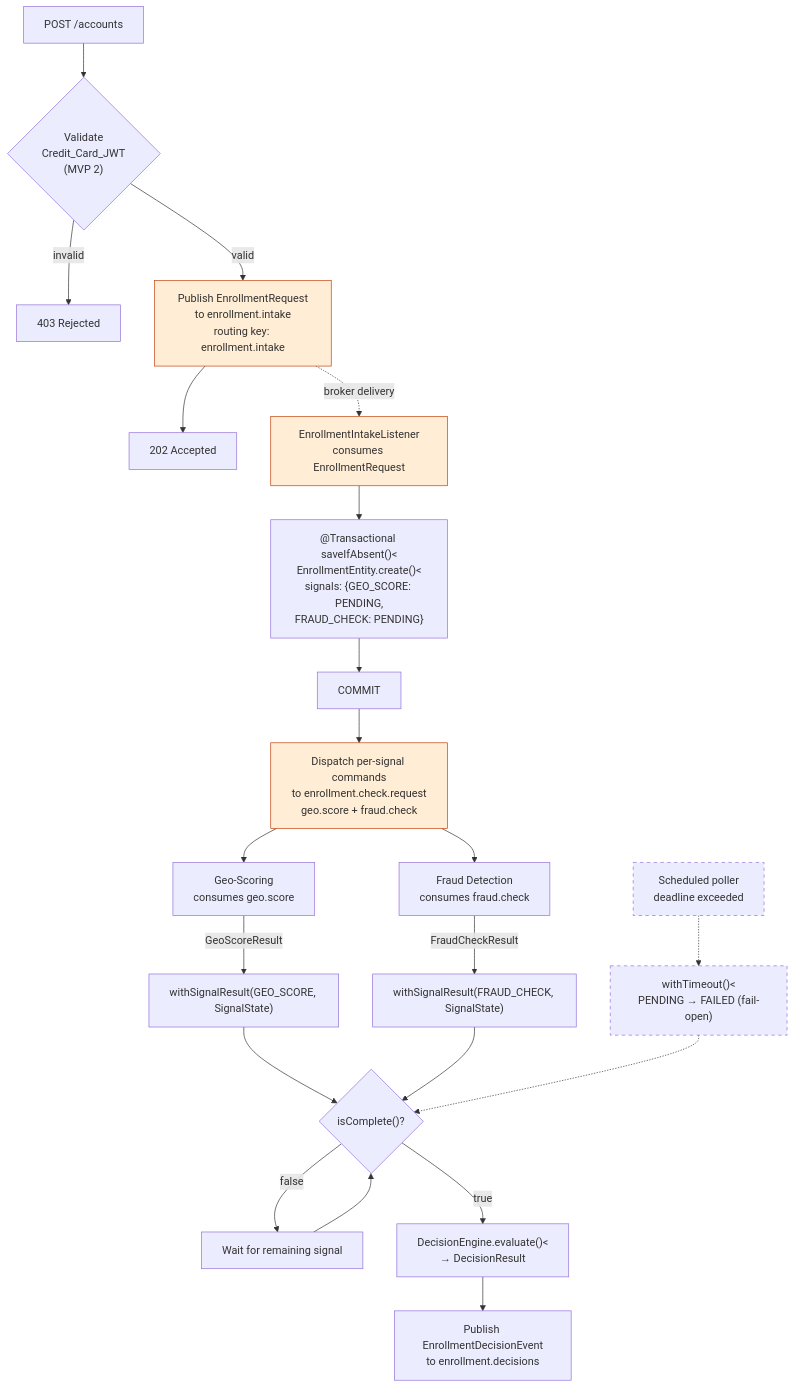
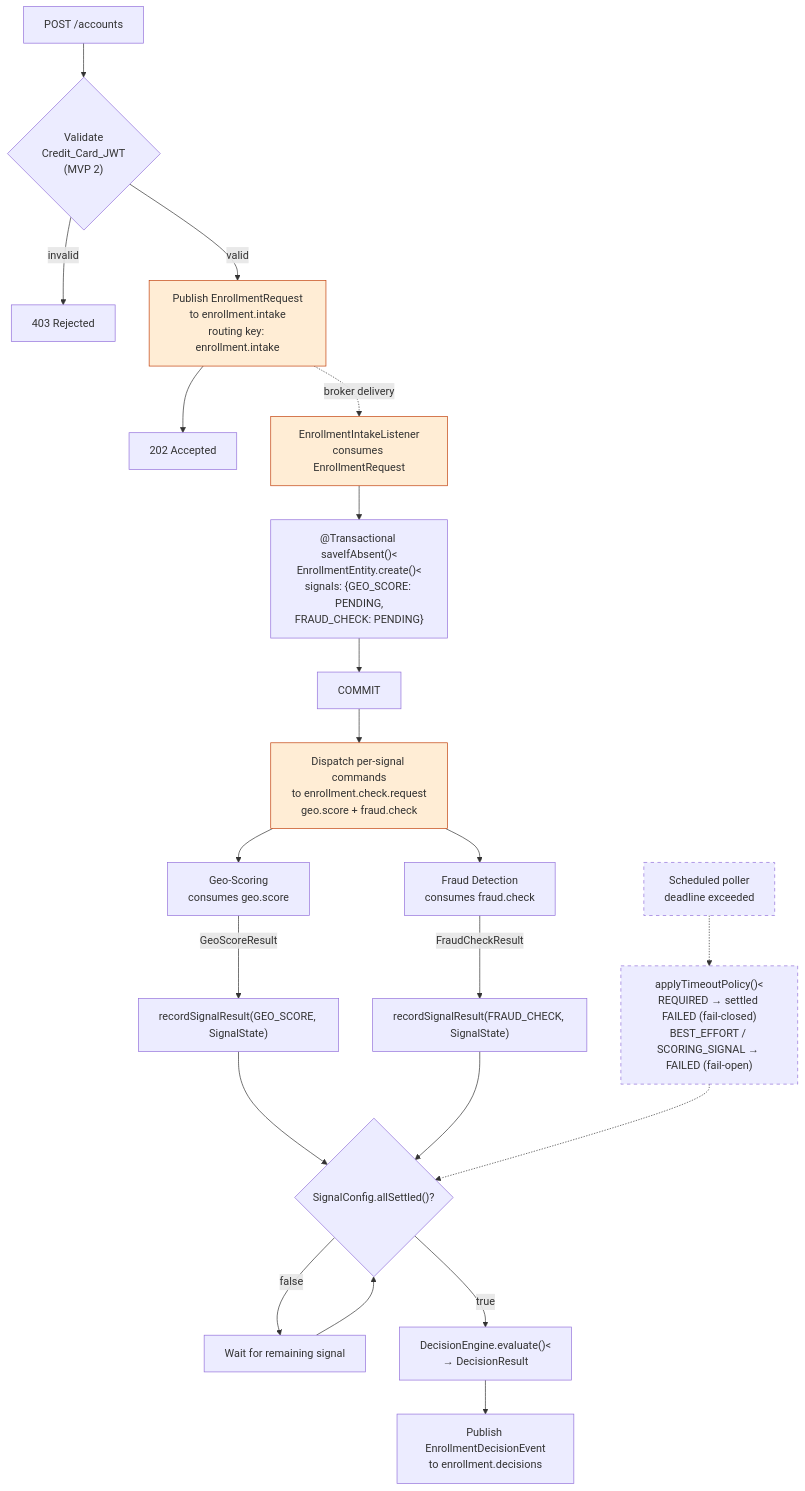
Before and after one commit to angelasindic/enrollment-hub: the second of 2 diagrams in decision-engine/design.md, drawn with Mermaid. The commit also changed other lines of this file and 58 other files, not shown here.

````diff
--- a/decision-engine/design.md
+++ b/decision-engine/design.md
@@ -402,36 +401,36 @@
 ```mermaid
 flowchart TD
     POST["POST /accounts"] --> validate{"Validate<br/>Credit_Card_JWT<br/>(MVP 2)"}
     validate -- invalid --> reject["403 Rejected"]
     validate -- valid --> intakePub["Publish EnrollmentRequest<br/>to enrollment.intake<br/>routing key: enrollment.intake"]
     intakePub --> http202["202 Accepted"]
 
     intakePub -.->|broker delivery| intakeListen["EnrollmentIntakeListener<br/>consumes EnrollmentRequest"]
     intakeListen --> startTx["@Transactional saveIfAbsent()<<br/>EnrollmentEntity.create()<<br/>signals: {GEO_SCORE: PENDING,<br/>FRAUD_CHECK: PENDING}"]
     startTx --> commit["COMMIT"]
     commit --> postCommit["Dispatch per-signal commands<br/>to enrollment.check.request<br/>geo.score + fraud.check"]
 
     postCommit --> geo["Geo-Scoring<br/>consumes geo.score"]
     postCommit --> fraud["Fraud Detection<br/>consumes fraud.check"]
 
-    geo -- "GeoScoreResult" --> wGeo["withSignalResult(GEO_SCORE, SignalState)"]
-    fraud -- "FraudCheckResult" --> wFraud["withSignalResult(FRAUD_CHECK, SignalState)"]
+    geo -- "GeoScoreResult" --> wGeo["recordSignalResult(GEO_SCORE, SignalState)"]
+    fraud -- "FraudCheckResult" --> wFraud["recordSignalResult(FRAUD_CHECK, SignalState)"]
 
-    wGeo --> complete{"isComplete()?"}
+    wGeo --> complete{"SignalConfig.allSettled()?"}
     wFraud --> complete
 
     complete -- "false" --> wait["Wait for remaining signal"]
     wait --> complete
 
     complete -- "true" --> decision["DecisionEngine.evaluate()<<br/>→ DecisionResult"]
     decision --> event["Publish EnrollmentDecisionEvent<br/>to enrollment.decisions"]
 
-    timeout["Scheduled poller<br/>deadline exceeded"] -.-> wTimeout["withTimeout()<<br/>PENDING → FAILED (fail-open)"]
+    timeout["Scheduled poller<br/>deadline exceeded"] -.-> wTimeout["applyTimeoutPolicy()<<br/>REQUIRED → settled FAILED (fail-closed)<br/>BEST_EFFORT / SCORING_SIGNAL → FAILED (fail-open)"]
     wTimeout -.-> complete
 
     style timeout stroke-dasharray: 5 5
     style wTimeout stroke-dasharray: 5 5
     style intakePub fill:#ffedd5,stroke:#c2410c
     style intakeListen fill:#ffedd5,stroke:#c2410c
     style postCommit fill:#ffedd5,stroke:#c2410c
 ```
````
